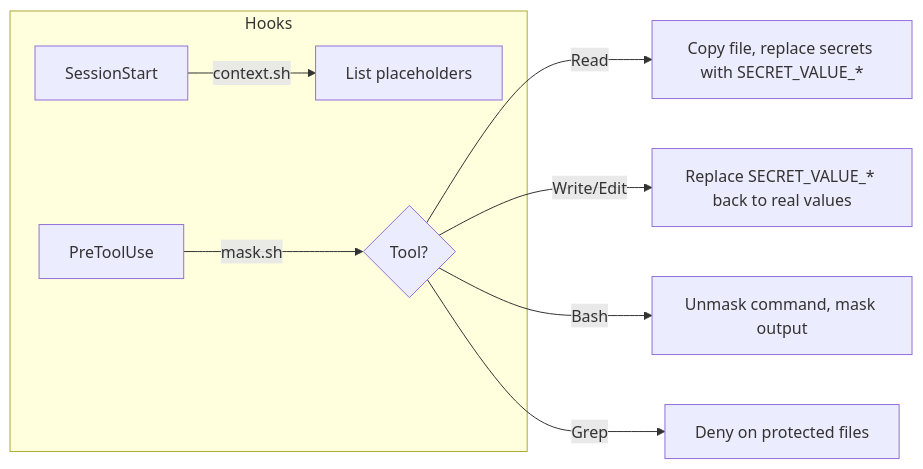
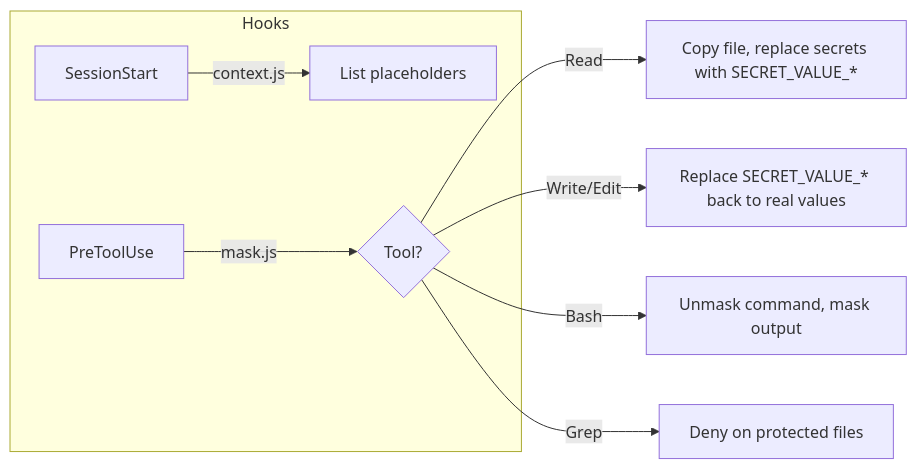
The diagram in README.md (enixCode/secret-mask), drawn with Mermaid before and after one commit. The commit also changed other lines of this file and 8 other files, not shown here.

````diff
--- a/README.md
+++ b/README.md
@@ -17,12 +16,12 @@
 ```mermaid
 flowchart LR
     subgraph Hooks
-        A[SessionStart] -->|context.sh| B[List placeholders]
-        C[PreToolUse] -->|mask.sh| D{Tool?}
+        A[SessionStart] -->|context.js| B[List placeholders]
+        C[PreToolUse] -->|mask.js| D{Tool?}
     end
 
     D -->|Read| E[Copy file, replace secrets with SECRET_VALUE_*]
     D -->|Write/Edit| F[Replace SECRET_VALUE_* back to real values]
     D -->|Bash| G[Unmask command, mask output]
     D -->|Grep| H[Deny on protected files]
 ```
````
